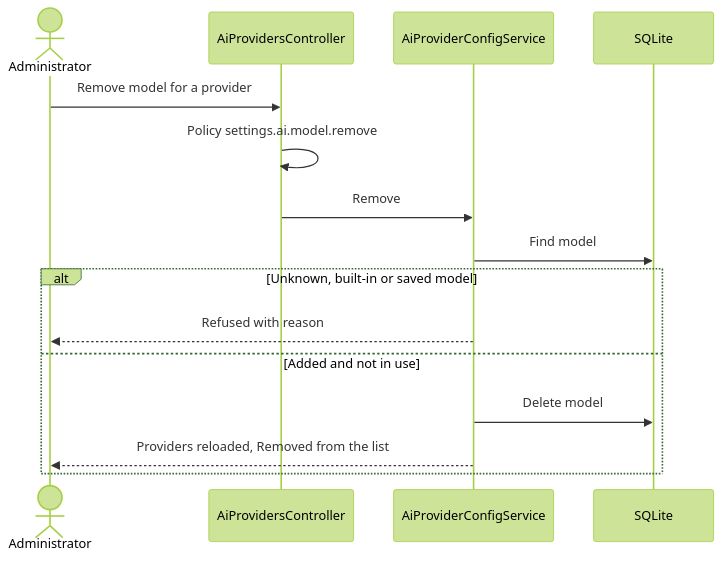
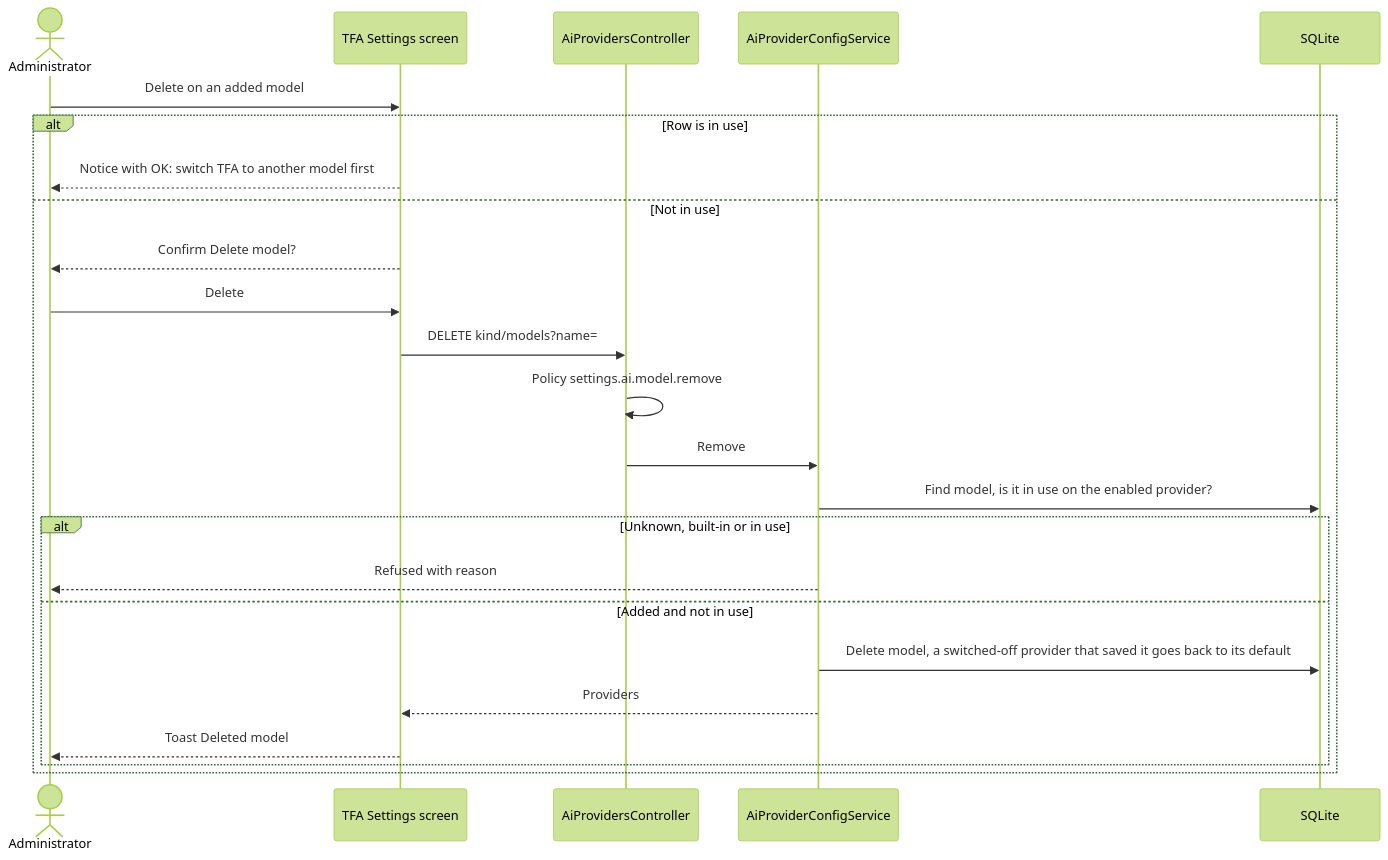
One commit to jojogeorge3344/TaskFlow-Project changed the seventh of 8 diagrams in TF - Documents/TF - HLD/06-Settings/06.3-TFA-Settings/HLD-TFA-Settings.md. Above: the diagram before and after it, drawn with Mermaid (forest theme). The commit also changed other lines of this file and 103 other files, not shown here.

First line of the commit message:
feat(tfa): add AI model page, model ID check, read-only model list and edit

````diff
--- a/TF - Documents/TF - HLD/06-Settings/06.3-TFA-Settings/HLD-TFA-Settings.md
+++ b/TF - Documents/TF - HLD/06-Settings/06.3-TFA-Settings/HLD-TFA-Settings.md
@@ -328,17 +376,26 @@
 ```mermaid
 sequenceDiagram
   actor A as Administrator
+  participant SPA as TFA Settings screen
   participant API as AiProvidersController
   participant CFG as AiProviderConfigService
   participant DB as SQLite
-  A->>API: Remove model for a provider
-  API->>API: Policy settings.ai.model.remove
-  API->>CFG: Remove
-  CFG->>DB: Find model
-  alt Unknown, built-in or saved model
-    CFG-->>A: Refused with reason
-  else Added and not in use
-    CFG->>DB: Delete model
-    CFG-->>A: Providers reloaded, Removed from the list
+  A->>SPA: Delete on an added model
+  alt Row is in use
+    SPA-->>A: Notice with OK: switch TFA to another model first
+  else Not in use
+    SPA-->>A: Confirm Delete model?
+    A->>SPA: Delete
+    SPA->>API: DELETE kind/models?name=
+    API->>API: Policy settings.ai.model.remove
+    API->>CFG: Remove
+    CFG->>DB: Find model, is it in use on the enabled provider?
+    alt Unknown, built-in or in use
+      CFG-->>A: Refused with reason
+    else Added and not in use
+      CFG->>DB: Delete model, a switched-off provider that saved it goes back to its default
+      CFG-->>SPA: Providers
+      SPA-->>A: Toast Deleted model
+    end
   end
 ```
````
